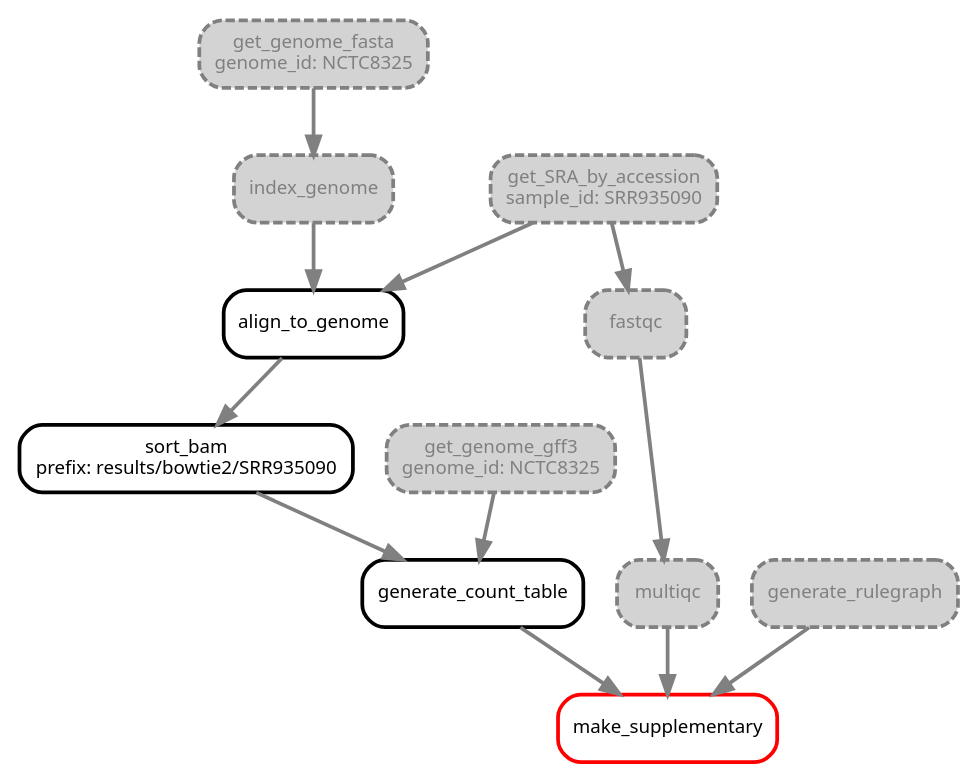
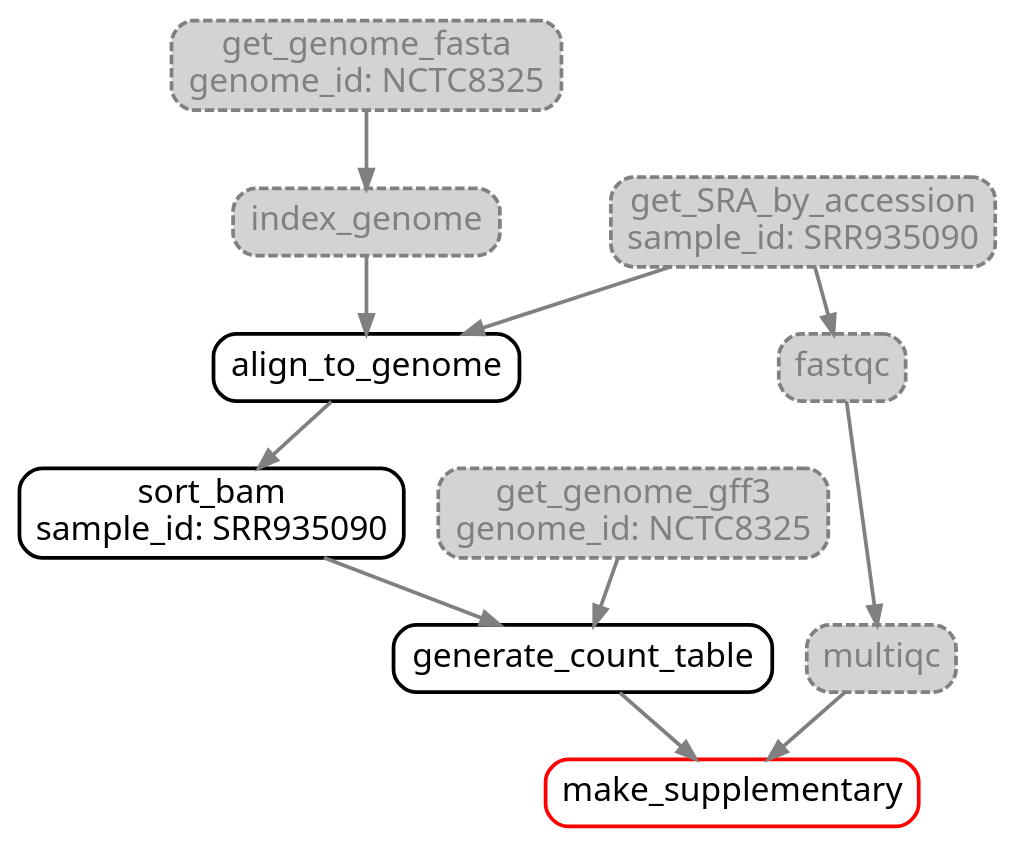
One commit to NBISweden/workshop-reproducible-research changed diagram 11 of 11 in lectures/snakemake/snakemake.qmd. Above: the diagram before and after it, drawn with Graphviz. The commit also changed other lines of this file, not shown here.

````diff
--- a/lectures/snakemake/snakemake.qmd
+++ b/lectures/snakemake/snakemake.qmd
@@ -670,29 +691,27 @@
 ```{dot}
 digraph snakemake_dag {
     graph[bgcolor=white, margin=1];
-    node[shape=box, style=rounded, fontname=sans,                 fontsize=10, penwidth=2];
+    node[shape=box, style=rounded, fontname=sans,                 fontsize=18, penwidth=2];
     edge[penwidth=2, color=grey];
         0[label = "make_supplementary", color = "red", style="rounded"];
         1[label = "generate_count_table", color = "black", style="rounded"];
-        2[label = "sort_bam\nprefix: results/bowtie2/SRR935090", color = "black", style="rounded"];
+        2[label = "sort_bam\nsample_id: SRR935090", color = "black", style="rounded"];
         3[label = "align_to_genome", color = "black", style="rounded"];
         4[label = "get_SRA_by_accession\nsample_id: SRR935090", fontcolor="grey", fillcolor="lightgrey", color = "grey", style="rounded,dashed,filled"];
         5[label = "index_genome", color = "grey", fillcolor="lightgrey", fontcolor="grey", style="rounded,dashed,filled"];
         6[label = "get_genome_fasta\ngenome_id: NCTC8325", color = "grey", fontcolor="grey", fillcolor="lightgrey", style="rounded,dashed,filled"];
         7[label = "get_genome_gff3\ngenome_id: NCTC8325", color = "grey", fontcolor="grey", fillcolor="lightgrey", style="rounded,dashed,filled"];
         8[label = "multiqc", fontcolor="grey", fillcolor="lightgrey", color = "grey", style="rounded,dashed,filled"];
         9[label = "fastqc", color = "grey", fillcolor="lightgrey", fontcolor="grey", style="rounded,dashed,filled"];
-        10[label = "generate_rulegraph", background_color="black", fontcolor="grey", color = "grey", fillcolor="lightgrey", style="rounded,dashed,filled"];
         1 -> 0
         8 -> 0
-        10 -> 0
         2 -> 1
         7 -> 1
         3 -> 2
         4 -> 3
         5 -> 3
         6 -> 5
         9 -> 8
         4 -> 9
 }
 ```
````
